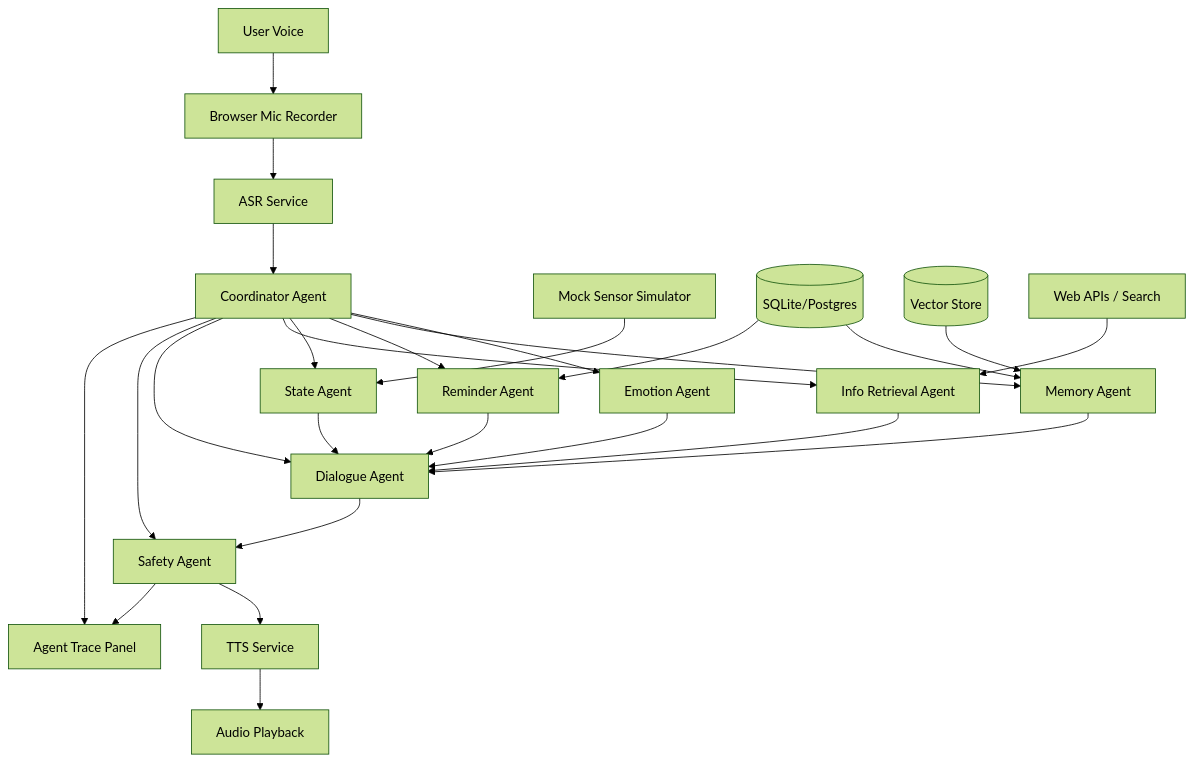
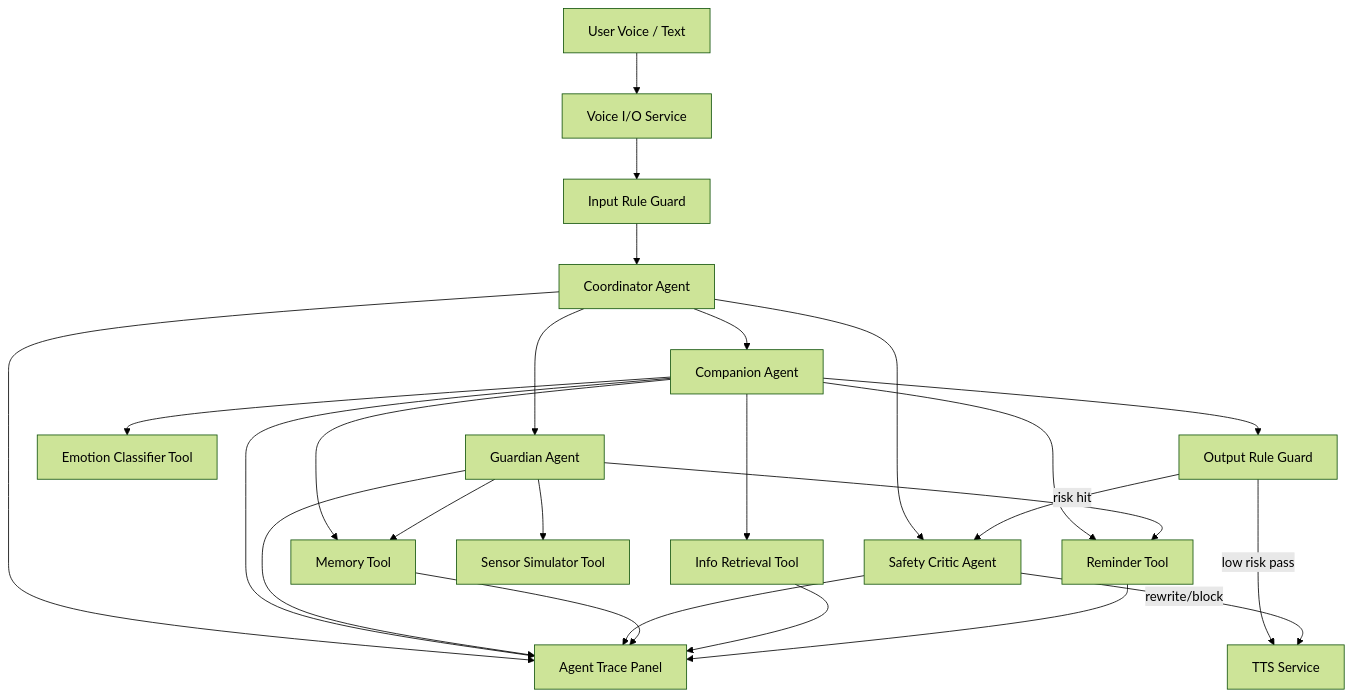
The first of 5 diagrams in 02_technical_roadmap_elderly_multi_agent_companion_ai.md (zhikangSu/nekoneko), drawn with Mermaid (forest theme) before and after one commit. The commit also changed other lines of this file and 4 other files, not shown here.

````diff
--- a/02_technical_roadmap_elderly_multi_agent_companion_ai.md
+++ b/02_technical_roadmap_elderly_multi_agent_companion_ai.md
@@ -49,31 +72,32 @@
 ```mermaid
 flowchart TD
-    U[User Voice] --> MIC[Browser Mic Recorder]
-    MIC --> ASR[ASR Service]
-    ASR --> C[Coordinator Agent]
+    U[User Voice / Text] --> V[Voice I/O Service]
+    V --> IG[Input Rule Guard]
+    IG --> C[Coordinator Agent]
 
-    C --> E[Emotion Agent]
-    C --> M[Memory Agent]
-    C --> R[Reminder Agent]
-    C --> S[State Agent]
-    C --> W[Info Retrieval Agent]
-    C --> D[Dialogue Agent]
-    C --> SAFE[Safety Agent]
+    C --> COMP[Companion Agent]
+    C --> GUARD[Guardian Agent]
+    C --> CRIT[Safety Critic Agent]
 
-    SENSOR[Mock Sensor Simulator] --> S
-    DB[(SQLite/Postgres)] --> M
-    DB --> R
-    VDB[(Vector Store)] --> M
-    WEB[Web APIs / Search] --> W
+    COMP --> MEM[Memory Tool]
+    COMP --> EMO[Emotion Classifier Tool]
+    COMP --> WEB[Info Retrieval Tool]
+    COMP --> REM[Reminder Tool]
 
-    E --> D
-    M --> D
-    R --> D
-    S --> D
-    W --> D
-    D --> SAFE
-    SAFE --> TTS[TTS Service]
-    TTS --> AUDIO[Audio Playback]
-    SAFE --> TRACE[Agent Trace Panel]
-    C --> TRACE
+    GUARD --> SENSOR[Sensor Simulator Tool]
+    GUARD --> REM
+    GUARD --> MEM
+
+    COMP --> OG[Output Rule Guard]
+    OG -->|low risk pass| TTS[TTS Service]
+    OG -->|risk hit| CRIT
+    CRIT -->|rewrite/block| TTS
+
+    C --> TRACE[Agent Trace Panel]
+    COMP --> TRACE
+    GUARD --> TRACE
+    CRIT --> TRACE
+    MEM --> TRACE
+    WEB --> TRACE
+    REM --> TRACE
 ```
````
